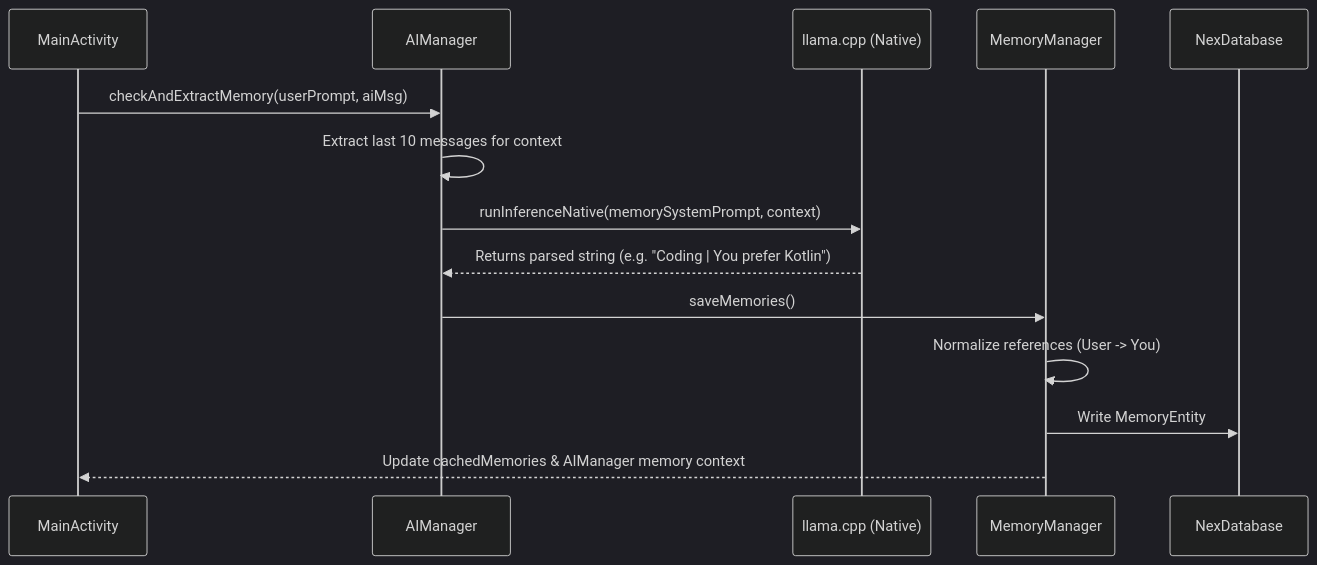
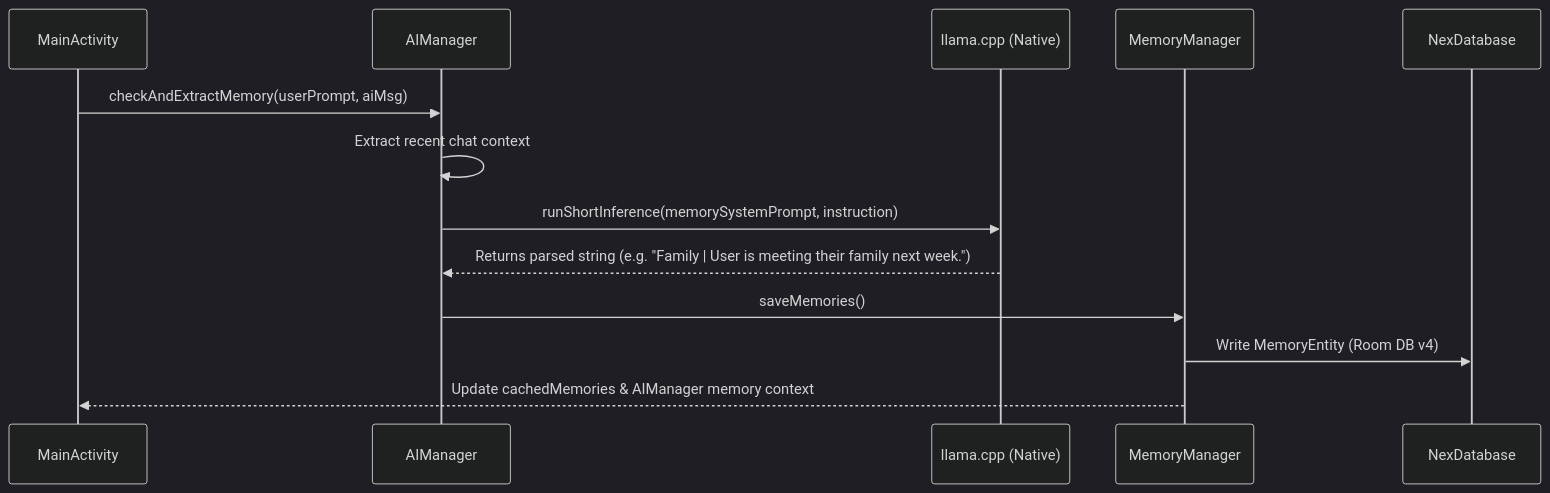
One commit to K7SUNNY/Nex_V1 changed the diagram in docs/memory_system.md. Above: the diagram before and after it, drawn with Mermaid (dark theme). The commit also changed other lines of this file and 6 other files, not shown here.

Commit message:
docs: add comprehensive documentation for architecture, database schema, and native JNI integration, and update version properties.

````diff
--- a/docs/memory_system.md
+++ b/docs/memory_system.md
@@ -11,17 +11,16 @@
 ```mermaid
 sequenceDiagram
     participant UI as MainActivity
     participant AM as AIManager
     participant L as llama.cpp (Native)
     participant MM as MemoryManager
     participant DB as NexDatabase
 
     UI->>AM: checkAndExtractMemory(userPrompt, aiMsg)
-    AM->>AM: Extract last 10 messages for context
-    AM->>L: runInferenceNative(memorySystemPrompt, context)
-    L-->>AM: Returns parsed string (e.g. "Coding | You prefer Kotlin")
+    AM->>AM: Extract recent chat context
+    AM->>L: runShortInference(memorySystemPrompt, instruction)
+    L-->>AM: Returns parsed string (e.g. "Family | User is meeting their family next week.")
     AM->>MM: saveMemories()
-    MM->>MM: Normalize references (User -> You)
-    MM->>DB: Write MemoryEntity
+    MM->>DB: Write MemoryEntity (Room DB v4)
     MM-->>UI: Update cachedMemories & AIManager memory context
 ```
````
